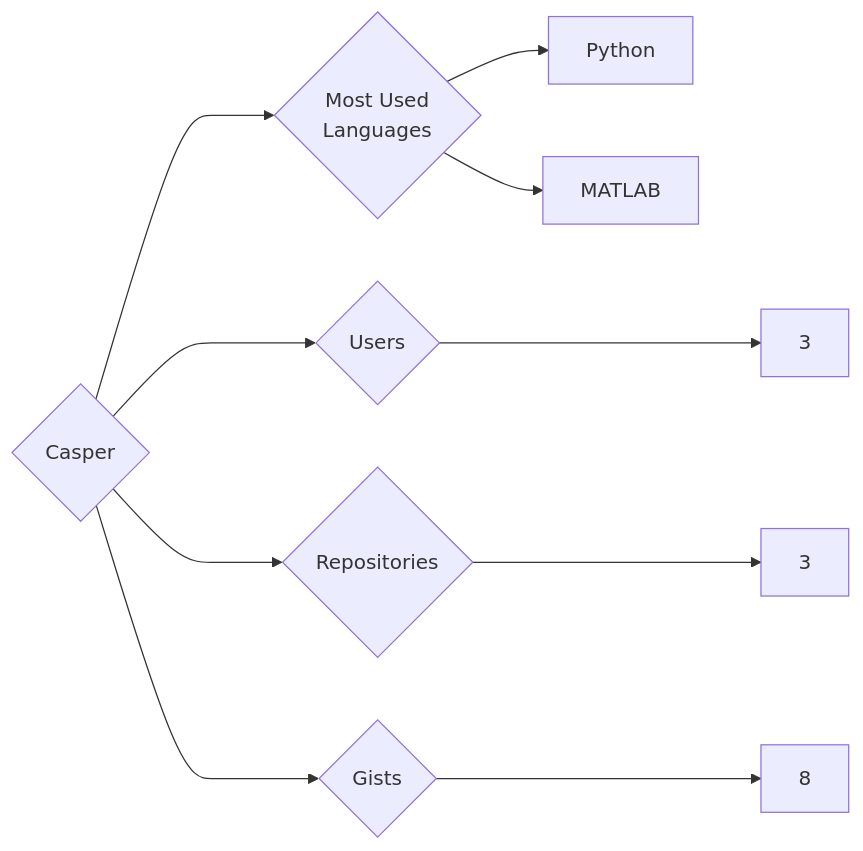
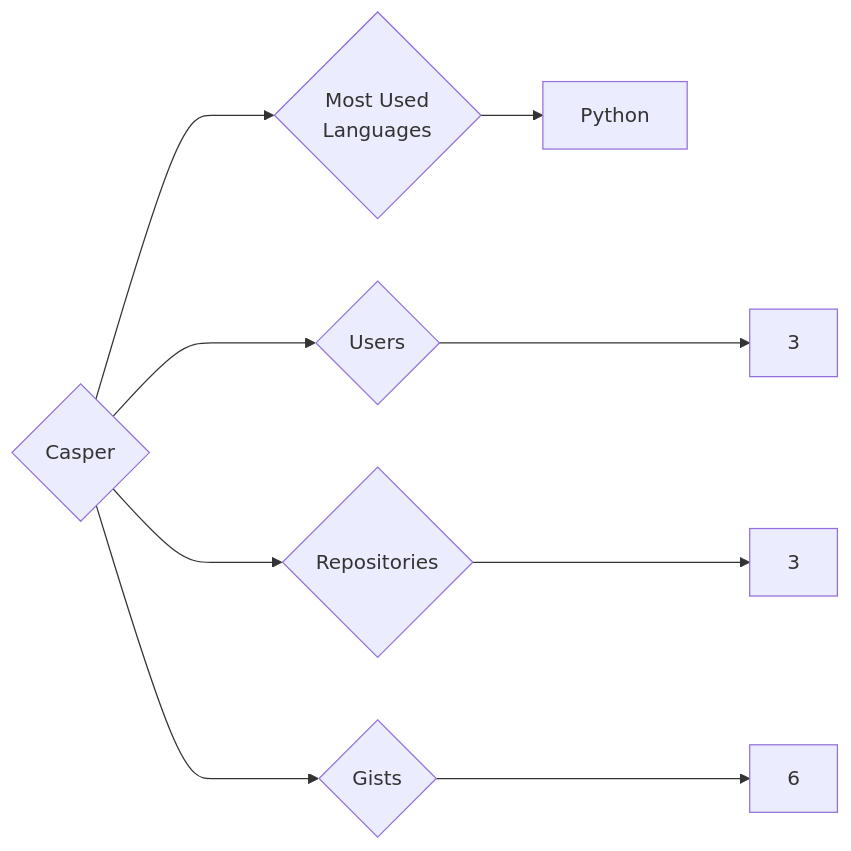
The diagram in targets/Casper/README.md (trickest/insiders), drawn with Mermaid before and after one commit. The commit also changed 745 other files, not shown here.

````diff
--- a/targets/Casper/README.md
+++ b/targets/Casper/README.md
@@ -3,10 +3,9 @@
 ```mermaid
 graph LR
 COMPANY_NAME{Casper}
 COMPANY_NAME ---> U{Users} ---> UN[3]
 COMPANY_NAME ---> R{Repositories} ---> RN[3]
-COMPANY_NAME ---> G{Gists} ---> GN[8]
+COMPANY_NAME ---> G{Gists} ---> GN[6]
 COMPANY_NAME ---> ML{Most Used<br>Languages}
 ML --> Python[Python]
-ML --> MATLAB[MATLAB]
 ```
````
